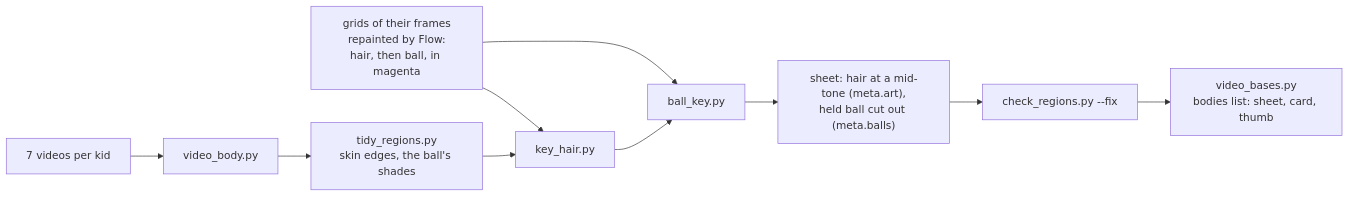
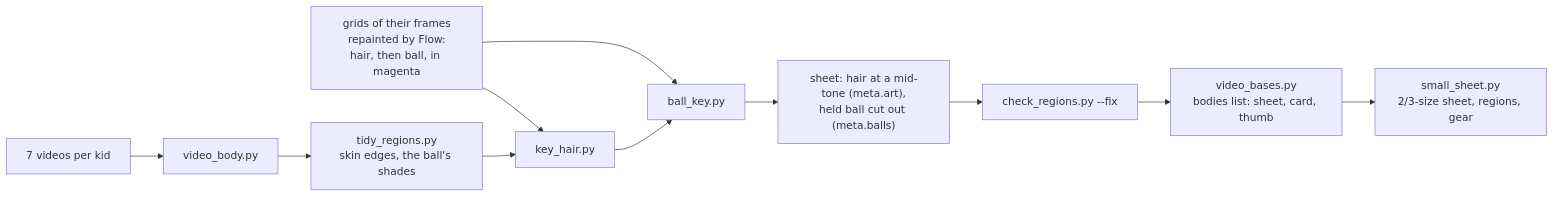
The tenth of 10 diagrams in docs/architecture.md (orsonbrooker/orsonbrooker.github.io), drawn with Mermaid before and after one commit. The commit also changed other lines of this file and 1 other file, not shown here.

Commit message:
Docs: smaller sheets for phones (small_sheet.py in the rebuild), building players without GPU readbacks, boot

````diff
--- a/docs/architecture.md
+++ b/docs/architecture.md
@@ -560,7 +560,8 @@
 ```mermaid
 flowchart LR
   V["7 videos per kid"] --> B["video_body.py"] --> T["tidy_regions.py<br/>skin edges, the ball's shades"]
   G["grids of their frames<br/>repainted by Flow:<br/>hair, then ball, in magenta"] --> H["key_hair.py"] & K["ball_key.py"]
   T --> H --> K --> S["sheet: hair at a mid-tone (meta.art),<br/>held ball cut out (meta.balls)"]
   S --> C["check_regions.py --fix"] --> VB["video_bases.py<br/>bodies list: sheet, card, thumb"]
+  VB --> SM["small_sheet.py<br/>2/3-size sheet, regions, gear"]
 ```
````
